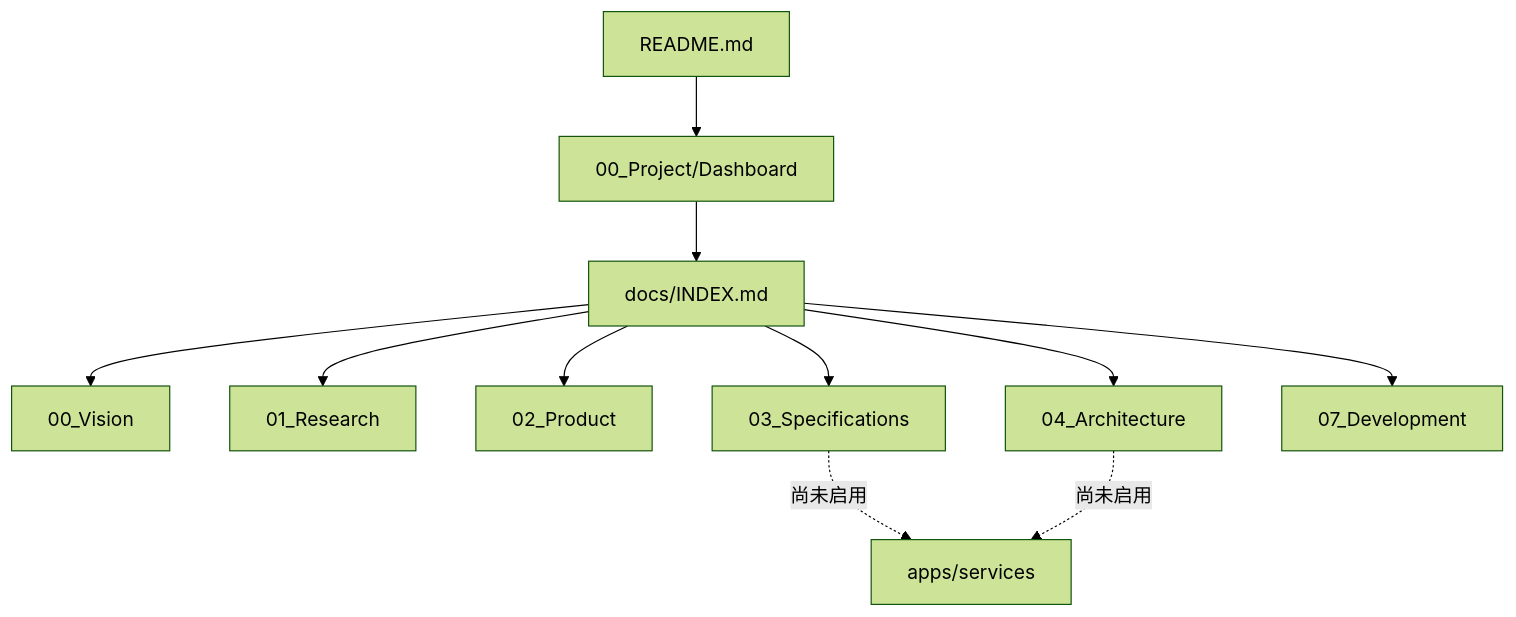
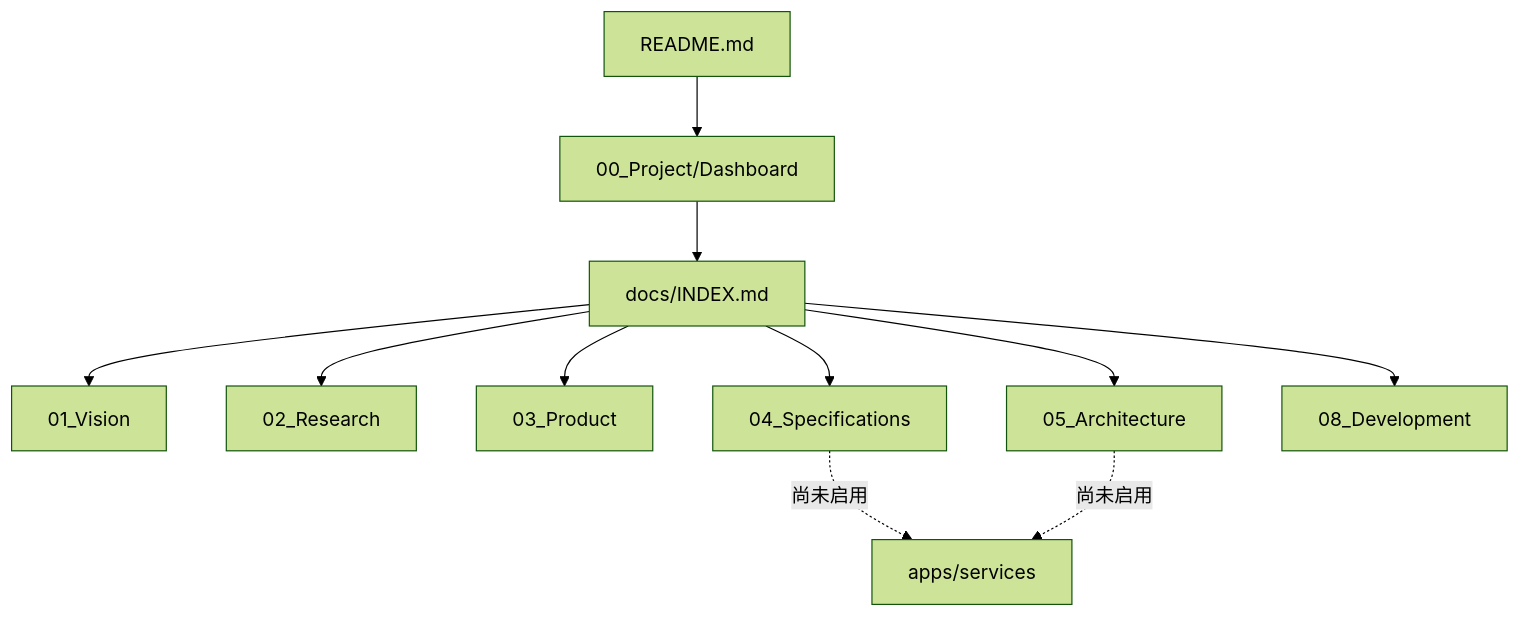
Before and after one commit to LeapMaCoder/ai-engineer-os: the first of 3 diagrams in docs/00_Project/Project_Map.md, drawn with Mermaid (forest theme). The commit also changed other lines of this file and 46 other files, not shown here.

````diff
--- a/docs/00_Project/Project_Map.md
+++ b/docs/00_Project/Project_Map.md
@@ -39,13 +39,13 @@
 ```mermaid
 flowchart TB
   README[README.md] --> Dash[00_Project/Dashboard]
   Dash --> INDEX[docs/INDEX.md]
-  INDEX --> Vision[00_Vision]
-  INDEX --> Research[01_Research]
-  INDEX --> Product[02_Product]
-  INDEX --> Spec[03_Specifications]
-  INDEX --> Arch[04_Architecture]
-  INDEX --> Dev[07_Development]
+  INDEX --> Vision[01_Vision]
+  INDEX --> Research[02_Research]
+  INDEX --> Product[03_Product]
+  INDEX --> Spec[04_Specifications]
+  INDEX --> Arch[05_Architecture]
+  INDEX --> Dev[08_Development]
   Spec -.->|尚未启用| Code[apps/services]
   Arch -.->|尚未启用| Code
 ```
````
